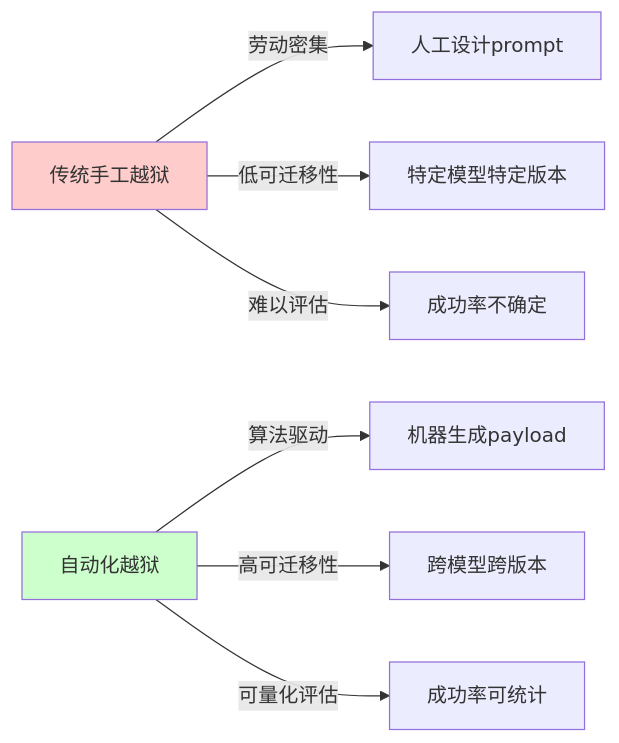
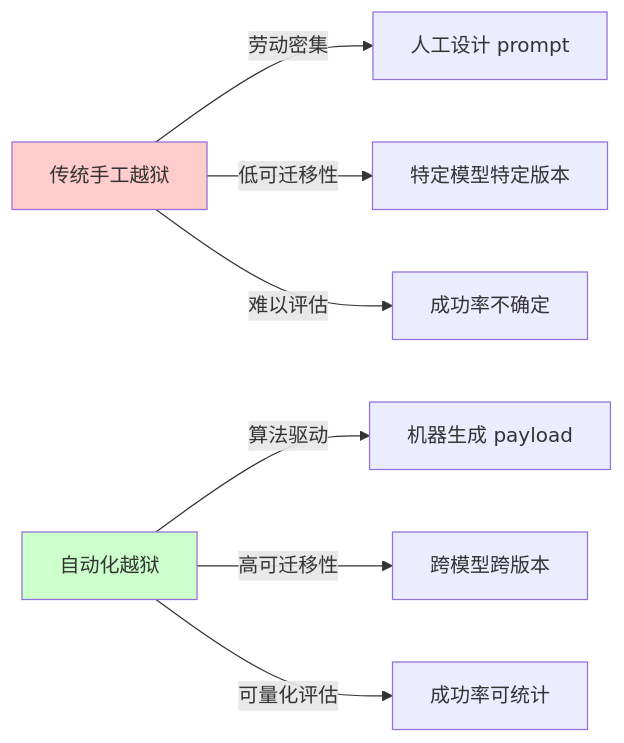
Before and after one commit to yeasy/ai_security_guide: the first of 8 diagrams in 05_jailbreak/5.6_automated_jailbreak_methods.md, drawn with Mermaid. The commit also changed other lines of this file and 1 other file, not shown here.

````diff
--- a/05_jailbreak/5.6_automated_jailbreak_methods.md
+++ b/05_jailbreak/5.6_automated_jailbreak_methods.md
@@ -9,13 +9,13 @@
 ```mermaid
 graph LR
-    A["传统手工越狱"] -->|劳动密集| B["人工设计prompt"]
+    A["传统手工越狱"] -->|劳动密集| B["人工设计 prompt"]
     A -->|低可迁移性| C["特定模型特定版本"]
     A -->|难以评估| D["成功率不确定"]
 
-    E["自动化越狱"] -->|算法驱动| F["机器生成payload"]
+    E["自动化越狱"] -->|算法驱动| F["机器生成 payload"]
     E -->|高可迁移性| G["跨模型跨版本"]
     E -->|可量化评估| H["成功率可统计"]
 
     style A fill:#ffcccc
     style E fill:#ccffcc
 ```
````
